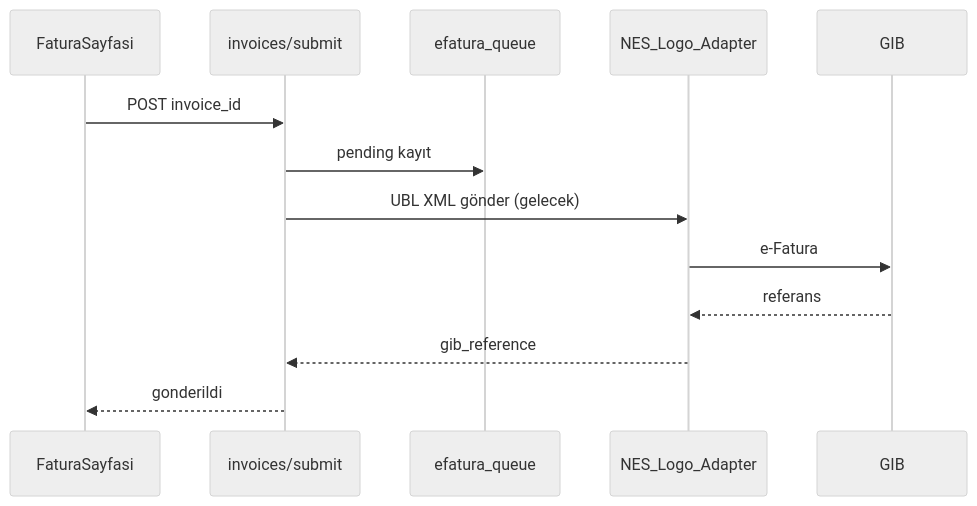
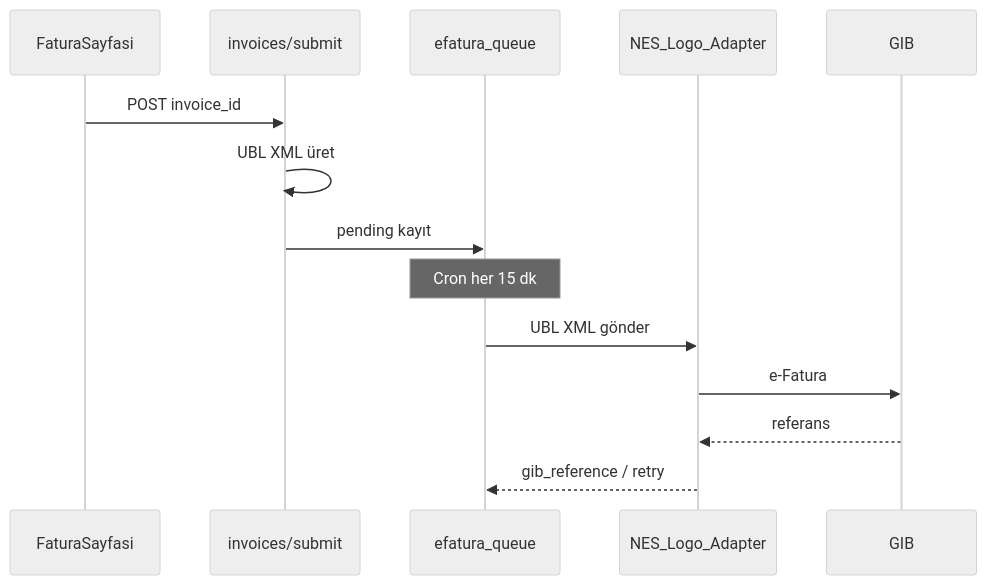
One commit to ozgurbasar5/AURA-integra changed the diagram in docs/EFATURA-ROADMAP.md. Above: the diagram before and after it, drawn with Mermaid (neutral theme). The commit also changed other lines of this file and 235 other files, not shown here.

````diff
--- a/docs/EFATURA-ROADMAP.md
+++ b/docs/EFATURA-ROADMAP.md
@@ -11,16 +11,17 @@
 ```mermaid
 sequenceDiagram
   participant UI as FaturaSayfasi
   participant API as invoices/submit
   participant Q as efatura_queue
   participant Ad as NES_Logo_Adapter
   participant GIB as GIB
 
   UI->>API: POST invoice_id
+  API->>API: UBL XML üret
   API->>Q: pending kayıt
-  API->>Ad: UBL XML gönder (gelecek)
+  Note over Q: Cron her 15 dk
+  Q->>Ad: UBL XML gönder
   Ad->>GIB: e-Fatura
   GIB-->>Ad: referans
-  Ad-->>API: gib_reference
-  API-->>UI: gonderildi
+  Ad-->>Q: gib_reference / retry
 ```
````
